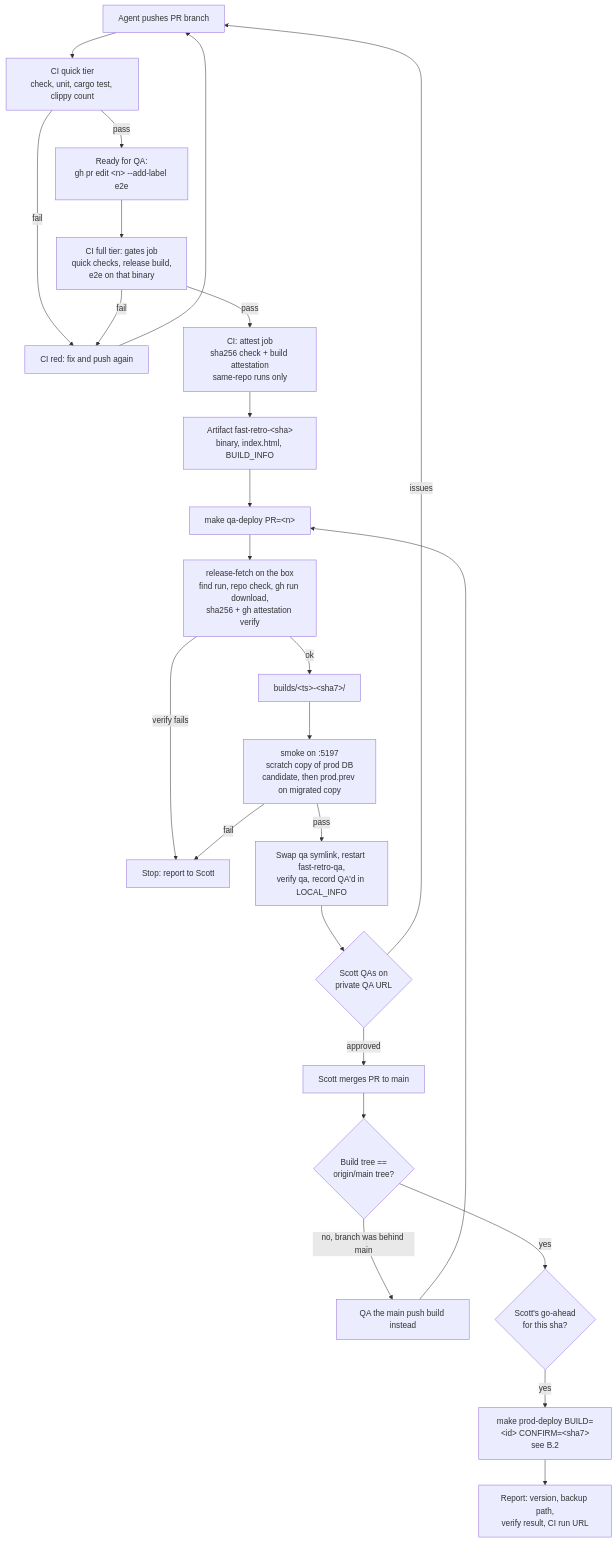
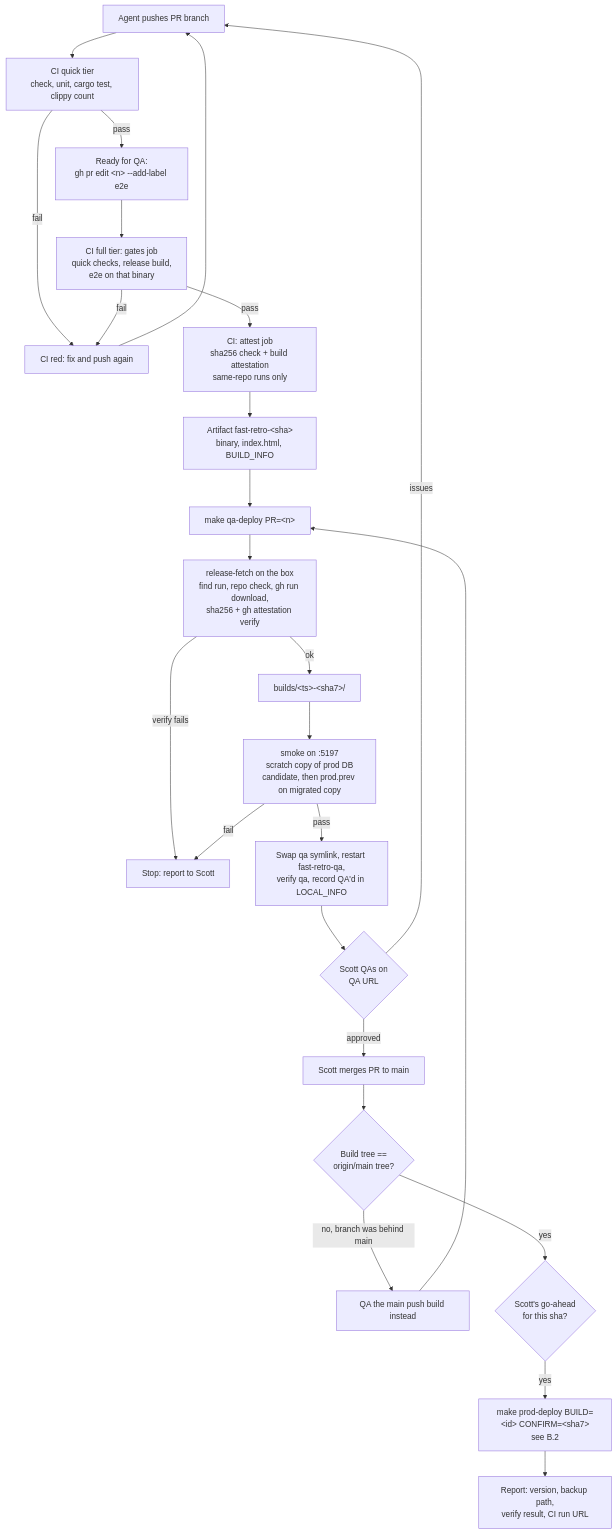
The first of 2 diagrams in docs/release-plan.md (5cotts/fast-retro), drawn with Mermaid before and after one commit. The commit also changed other lines of this file and 4 other files, not shown here.

````diff
--- a/docs/release-plan.md
+++ b/docs/release-plan.md
@@ -413,28 +413,28 @@
 ```mermaid
 flowchart TD
     A["Agent pushes PR branch"] --> Q["CI quick tier<br/>check, unit, cargo test, clippy count"]
     Q -->|fail| B1["CI red: fix and push again"]
     B1 --> A
     Q -->|pass| R["Ready for QA:<br/>gh pr edit &lt;n&gt; --add-label e2e"]
     R --> B["CI full tier: gates job<br/>quick checks, release build,<br/>e2e on that binary"]
     B -->|fail| B1
     B -->|pass| C["CI: attest job<br/>sha256 check + build attestation<br/>same-repo runs only"]
     C --> D["Artifact fast-retro-&lt;sha&gt;<br/>binary, index.html, BUILD_INFO"]
 
     D --> E["make qa-deploy PR=&lt;n&gt;"]
     E --> F["release-fetch on the box<br/>find run, repo check, gh run download,<br/>sha256 + gh attestation verify"]
     F -->|verify fails| X1["Stop: report to Scott"]
     F -->|ok| G["builds/&lt;ts&gt;-&lt;sha7&gt;/"]
     G --> H["smoke on :5197<br/>scratch copy of prod DB<br/>candidate, then prod.prev on migrated copy"]
     H -->|fail| X1
     H -->|pass| I["Swap qa symlink, restart fast-retro-qa,<br/>verify qa, record QA'd in LOCAL_INFO"]
-    I --> J{"Scott QAs on<br/>private QA URL"}
+    I --> J{"Scott QAs on<br/>QA URL"}
     J -->|issues| A
     J -->|approved| K["Scott merges PR to main"]
     K --> L{"Build tree ==<br/>origin/main tree?"}
     L -->|no, branch was behind main| M["QA the main push build instead"]
     M --> E
     L -->|yes| N{"Scott's go-ahead<br/>for this sha?"}
     N -->|yes| O["make prod-deploy BUILD=&lt;id&gt; CONFIRM=&lt;sha7&gt;<br/>see B.2"]
     O --> P["Report: version, backup path,<br/>verify result, CI run URL"]
 ```
````
